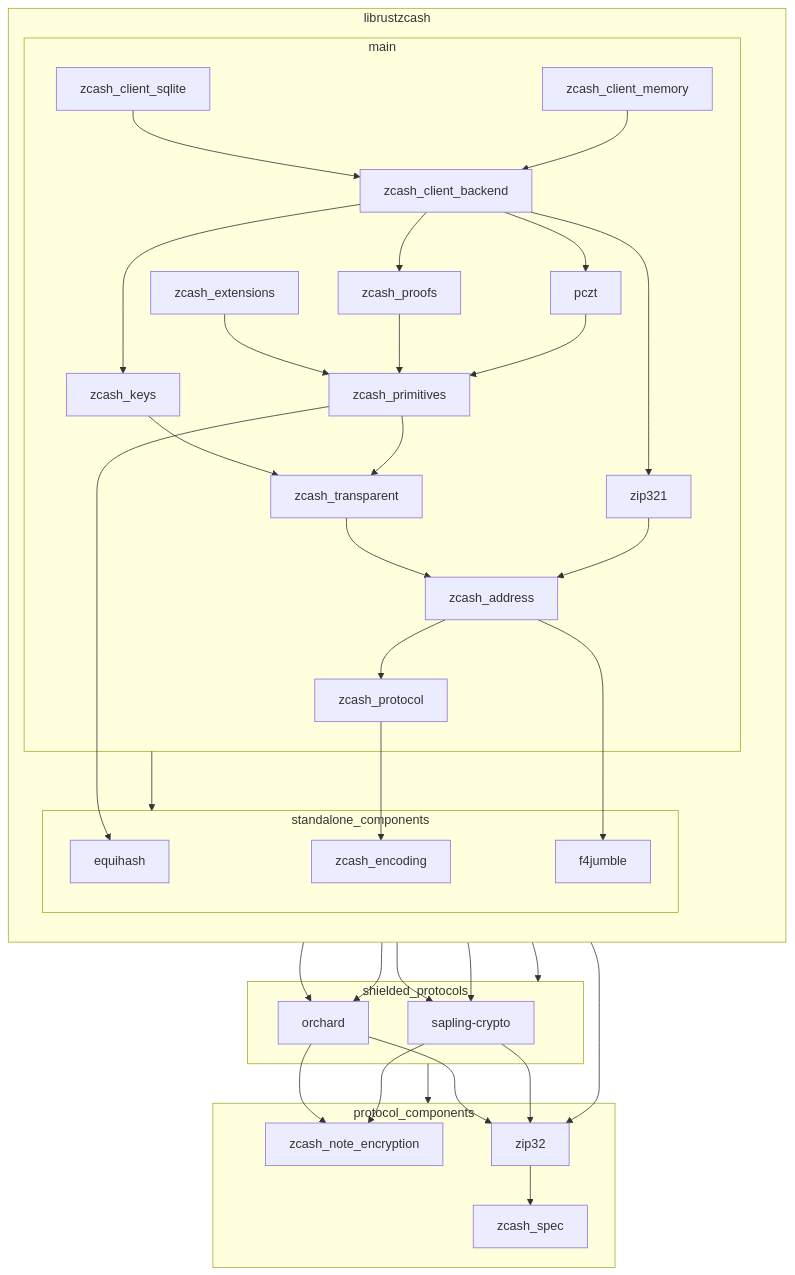
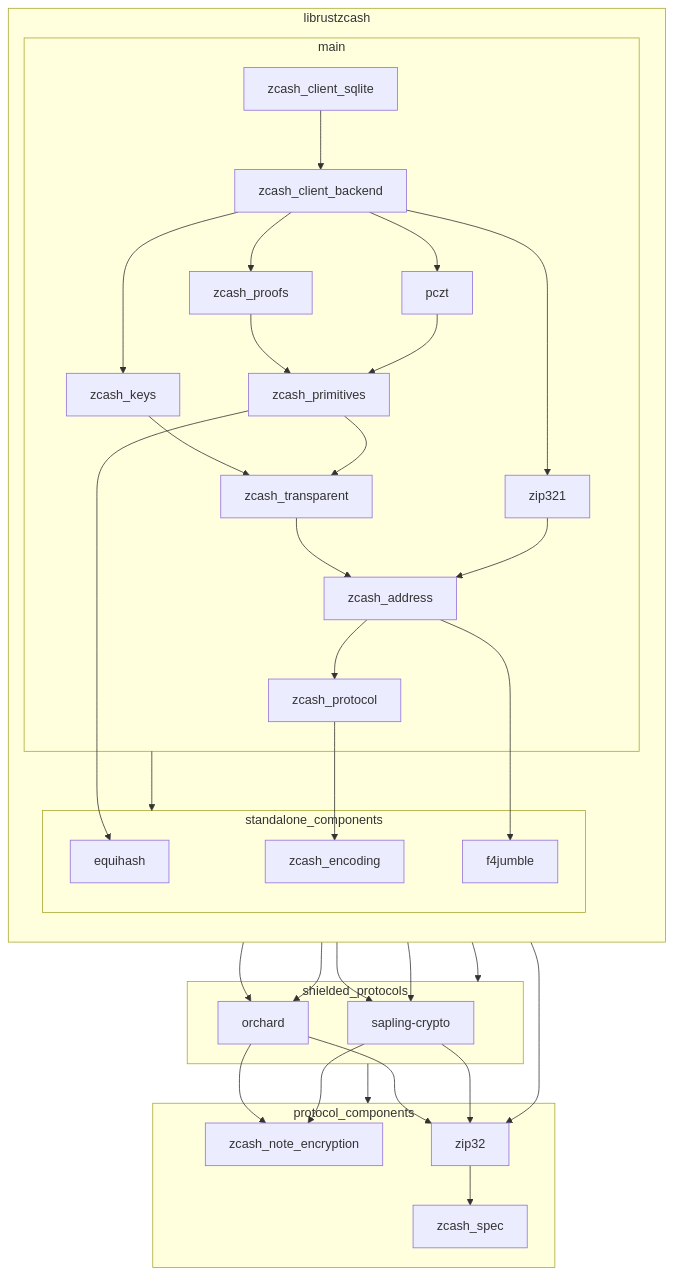
The diagram in README.md (QED-it/librustzcash), drawn with Mermaid before and after one commit. The commit also changed 237 other files, not shown here.

```diff
--- a/README.md
+++ b/README.md
@@ -26,11 +26,9 @@
             zcash_primitives
             zcash_transparent
             zcash_proofs
-            zcash_extensions
             zcash_protocol
             pczt
             zcash_client_backend
-            zcash_client_memory
             zcash_client_sqlite
             zcash_keys
             zip321
@@ -58,25 +56,20 @@
     %% they are deliberate edges) but commented out (to simplify the graph).
 
     zcash_client_sqlite --> zcash_client_backend
-    zcash_client_memory --> zcash_client_backend
 
     zcash_client_backend --> pczt
 
     %% zcash_client_sqlite --> zcash_keys
-    %% zcash_client_memory --> zcash_keys
     zcash_client_backend --> zcash_keys
 
     zcash_client_backend --> zcash_proofs
 
-    zcash_extensions --> zcash_primitives
     zcash_proofs --> zcash_primitives
     pczt --> zcash_primitives
     %% zcash_client_backend --> zcash_primitives
     %% zcash_client_sqlite --> zcash_primitives
-    %% zcash_client_memory --> zcash_primitives
 
     %% zcash_client_sqlite --> zcash_transparent
-    %% zcash_client_memory --> zcash_transparent
     %% zcash_client_backend --> zcash_transparent
     %% pczt --> zcash_transparent
     zcash_keys --> zcash_transparent
@@ -88,23 +81,19 @@
     %% zcash_keys --> zcash_address
     %% zcash_client_backend --> zcash_address
     %% zcash_client_sqlite --> zcash_address
-    %% zcash_client_memory --> zcash_address
     zip321 --> zcash_address
 
     %% zcash_transparent --> zcash_protocol
     %% zcash_keys --> zcash_protocol
     %% zcash_client_sqlite --> zcash_protocol
-    %% zcash_client_memory --> zcash_protocol
     %% zcash_primitives --> zcash_protocol
     %% zcash_client_backend --> zcash_protocol
     %% pczt --> zcash_protocol
-    %% zcash_extensions --> zcash_protocol
     zcash_address --> zcash_protocol
     %% zip321 --> zcash_protocol
 
     %% zcash_client_sqlite --> zcash_encoding
     %% zcash_transparent --> zcash_encoding
-    %% zcash_client_memory --> zcash_encoding
     %% zcash_client_backend --> zcash_encoding
     %% zcash_keys --> zcash_encoding
     %% zcash_primitives --> zcash_encoding
@@ -119,10 +108,8 @@
     zcash_keys --> orchard
     zcash_primitives --> orchard
     %% zcash_client_sqlite --> orchard
-    %% zcash_client_memory --> orchard
 
     %% zcash_client_sqlite --> sapling-crypto
-    %% zcash_client_memory --> sapling-crypto
     %% zcash_client_backend --> sapling-crypto
     zcash_keys --> sapling-crypto
     %% zcash_proofs --> sapling-crypto
@@ -136,7 +123,6 @@
     %% zcash_client_backend --> zcash_note_encryption
 
     %% zcash_client_sqlite --> zip32
-    %% zcash_client_memory --> zip32
     %% zcash_client_backend --> zip32
     %% zcash_keys --> zip32
     orchard --> zip32
@@ -161,9 +147,7 @@
     click zcash_address "https://docs.rs/zcash_address/" _blank
     click zcash_encoding "https://docs.rs/zcash_encoding/" _blank
     click zcash_client_backend "https://docs.rs/zcash_client_backend/" _blank
-    click zcash_client_memory "https://docs.rs/zcash_client_memory/" _blank
     click zcash_client_sqlite "https://docs.rs/zcash_client_sqlite/" _blank
-    click zcash_extensions "https://docs.rs/zcash_extensions/" _blank
     click zcash_keys "https://docs.rs/zcash_keys/" _blank
     click zcash_note_encryption "https://docs.rs/zcash_note_encryption/" _blank
     click zcash_primitives "https://docs.rs/zcash_primitives/" _blank
```
